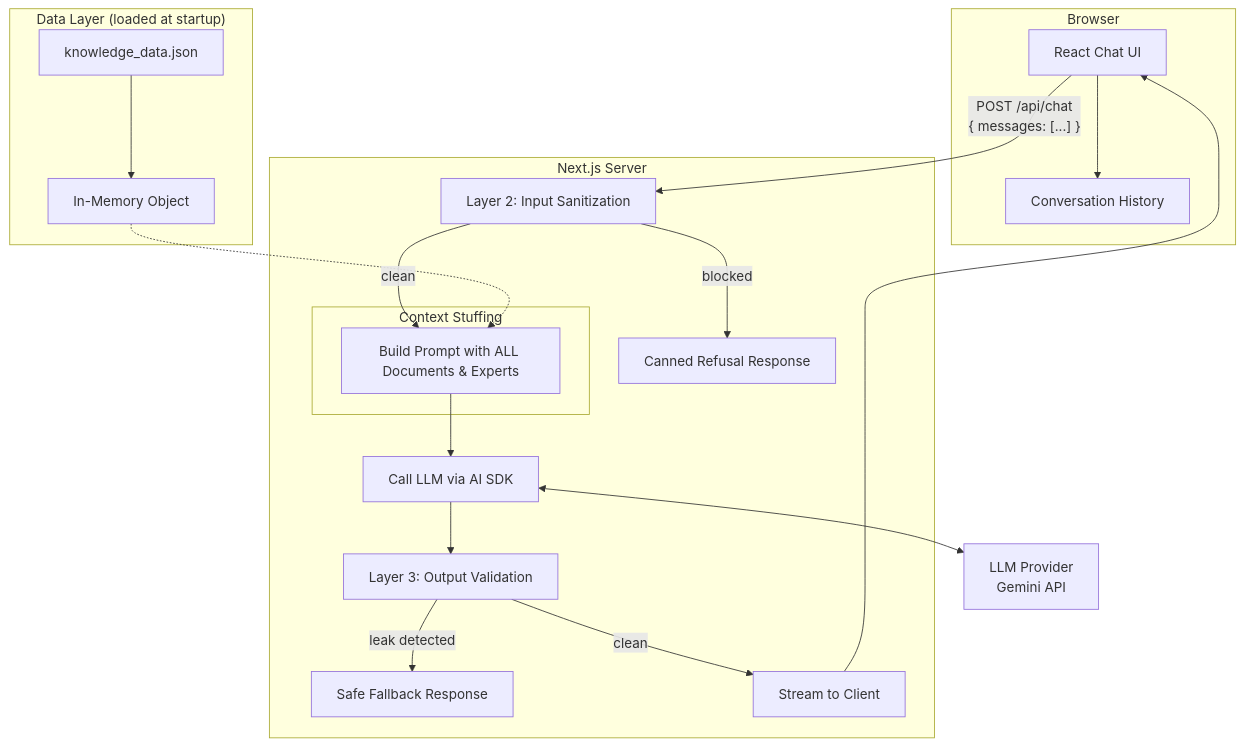
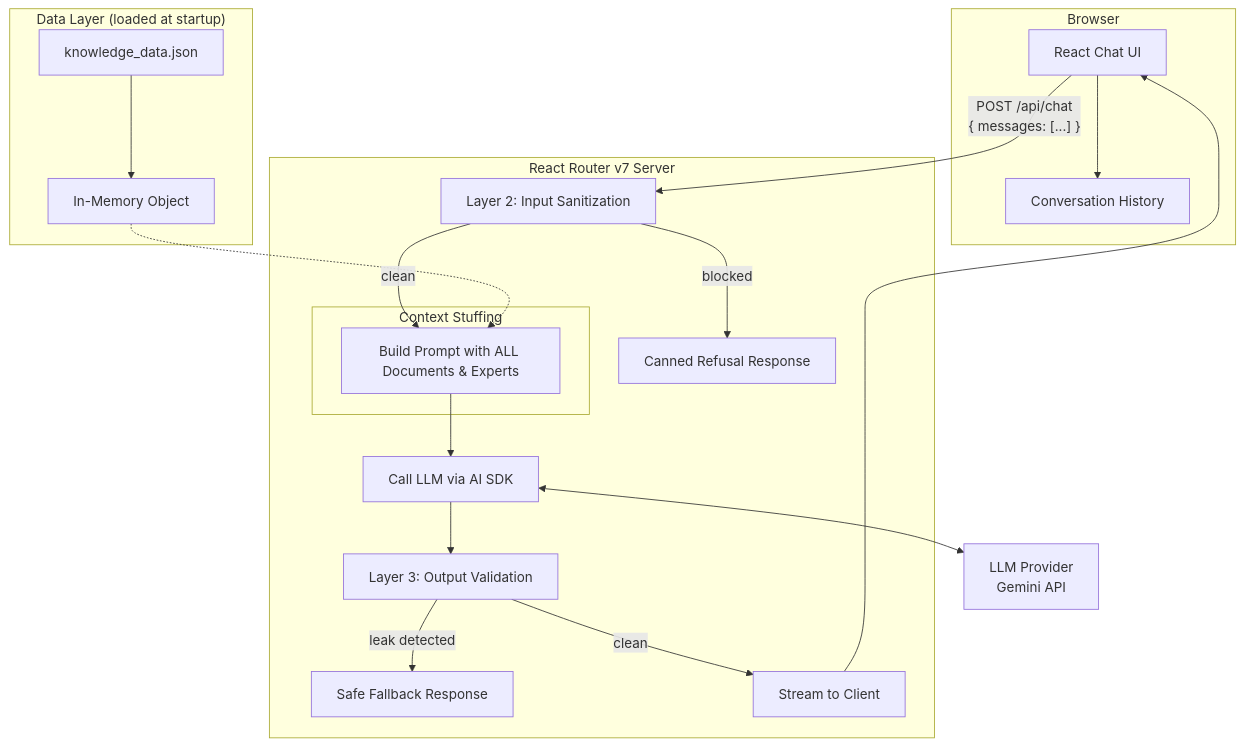
One commit to stepad10/dev-helpdesk changed the first of 2 diagrams in tech-spec.md. Above: the diagram before and after it, drawn with Mermaid. The commit also changed 2 other files, not shown here.

Commit message:
docs: sync documentation with actual implementation
Fix stale file references, incorrect model names, and inaccurate
labels across README, agents.md, and tech-spec.md.

````diff
--- a/tech-spec.md
+++ b/tech-spec.md
@@ -14,36 +14,36 @@
 ```mermaid
 flowchart TB
     subgraph Browser
         UI[React Chat UI]
         History[Conversation History]
         UI --> History
     end
 
     UI -- "POST /api/chat\n{ messages: [...] }" --> Input
 
-    subgraph Server["Next.js Server"]
+    subgraph Server["React Router v7 Server"]
         Input[Layer 2: Input Sanitization]
         Input -- blocked --> Refusal[Canned Refusal Response]
         Input -- clean --> Inject
 
         subgraph NaiveRAG["Context Stuffing"]
             Inject[Build Prompt with ALL Documents & Experts]
         end
 
         Inject --> LLMCall[Call LLM via AI SDK]
         LLMCall --> Output[Layer 3: Output Validation]
         Output -- "leak detected" --> SafeResp[Safe Fallback Response]
         Output -- clean --> Stream[Stream to Client]
     end
 
     LLMCall <--> LLM[LLM Provider\nGemini API]
     Stream --> UI
 
     subgraph DataLayer["Data Layer (loaded at startup)"]
         JSON[knowledge_data.json]
         MemStore[In-Memory Object]
         JSON --> MemStore
     end
 
     MemStore -.-> Inject
 ```
````
